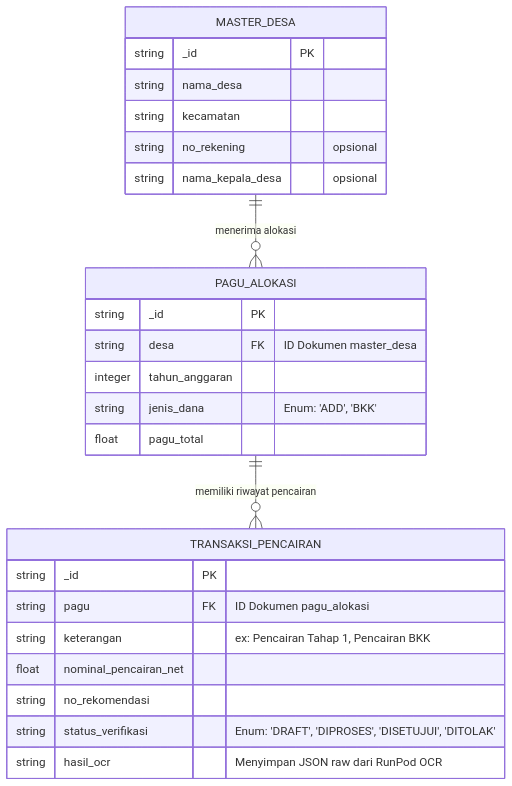
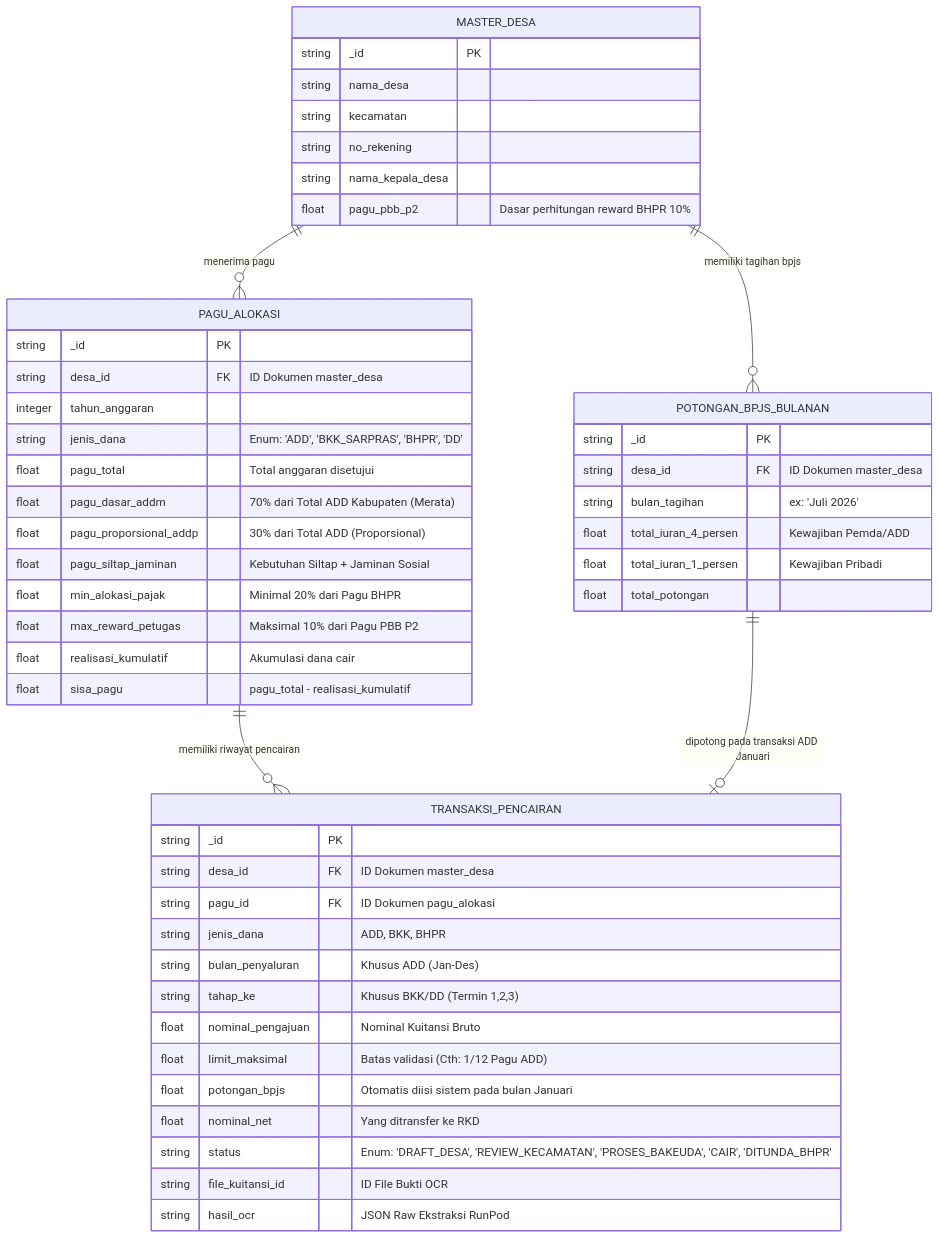
One commit to asepsafrudin/SIP-DADES-BAKEUDA changed the diagram in docs/schemas/unified_database_schema.md. Above: the diagram before and after it, drawn with Mermaid. The commit also changed other lines of this file and 36 other files, not shown here.

````diff
--- a/docs/schemas/unified_database_schema.md
+++ b/docs/schemas/unified_database_schema.md
@@ -7,31 +12,64 @@
 ```mermaid
 erDiagram
     MASTER_DESA {
         string _id PK
         string nama_desa
         string kecamatan
-        string no_rekening "opsional"
-        string nama_kepala_desa "opsional"
+        string no_rekening
+        string nama_kepala_desa
+        float pagu_pbb_p2 "Dasar perhitungan reward BHPR 10%"
     }
     
     PAGU_ALOKASI {
         string _id PK
-        string desa FK "ID Dokumen master_desa"
+        string desa_id FK "ID Dokumen master_desa"
         integer tahun_anggaran
-        string jenis_dana "Enum: 'ADD', 'BKK'"
-        float pagu_total
+        string jenis_dana "Enum: 'ADD', 'BKK_SARPRAS', 'BHPR', 'DD'"
+        float pagu_total "Total anggaran disetujui"
+        
+        %% Kalkulasi Khusus ADD
+        float pagu_dasar_addm "70% dari Total ADD Kabupaten (Merata)"
+        float pagu_proporsional_addp "30% dari Total ADD (Proporsional)"
+        float pagu_siltap_jaminan "Kebutuhan Siltap + Jaminan Sosial"
+        
+        %% Kalkulasi Khusus BHPR
+        float min_alokasi_pajak "Minimal 20% dari Pagu BHPR"
+        float max_reward_petugas "Maksimal 10% dari Pagu PBB P2"
+        
+        float realisasi_kumulatif "Akumulasi dana cair"
+        float sisa_pagu "pagu_total - realisasi_kumulatif"
     }
     
     TRANSAKSI_PENCAIRAN {
         string _id PK
-        string pagu FK "ID Dokumen pagu_alokasi"
-        string keterangan "ex: Pencairan Tahap 1, Pencairan BKK"
-        float nominal_pencairan_net
-        string no_rekomendasi
-        string status_verifikasi "Enum: 'DRAFT', 'DIPROSES', 'DISETUJUI', 'DITOLAK'"
-        string hasil_ocr "Menyimpan JSON raw dari RunPod OCR"
+        string desa_id FK "ID Dokumen master_desa"
+        string pagu_id FK "ID Dokumen pagu_alokasi"
+        string jenis_dana "ADD, BKK, BHPR"
+        string bulan_penyaluran "Khusus ADD (Jan-Des)"
+        string tahap_ke "Khusus BKK/DD (Termin 1,2,3)"
+        
+        %% Logika Finansial (Bruto - Potongan = Netto)
+        float nominal_pengajuan "Nominal Kuitansi Bruto"
+        float limit_maksimal "Batas validasi (Cth: 1/12 Pagu ADD)"
+        float potongan_bpjs "Otomatis diisi sistem pada bulan Januari"
+        float nominal_net "Yang ditransfer ke RKD"
+        
+        string status "Enum: 'DRAFT_DESA', 'REVIEW_KECAMATAN', 'PROSES_BAKEUDA', 'CAIR', 'DITUNDA_BHPR'"
+        string file_kuitansi_id "ID File Bukti OCR"
+        string hasil_ocr "JSON Raw Ekstraksi RunPod"
+    }
+    
+    POTONGAN_BPJS_BULANAN {
+        string _id PK
+        string desa_id FK "ID Dokumen master_desa"
+        string bulan_tagihan "ex: 'Juli 2026'"
+        float total_iuran_4_persen "Kewajiban Pemda/ADD"
+        float total_iuran_1_persen "Kewajiban Pribadi"
+        float total_potongan
     }
 
-    MASTER_DESA ||--o{ PAGU_ALOKASI : "menerima alokasi"
+    MASTER_DESA ||--o{ PAGU_ALOKASI : "menerima pagu"
     PAGU_ALOKASI ||--o{ TRANSAKSI_PENCAIRAN : "memiliki riwayat pencairan"
+    MASTER_DESA ||--o{ POTONGAN_BPJS_BULANAN : "memiliki tagihan bpjs"
+    POTONGAN_BPJS_BULANAN ||--o| TRANSAKSI_PENCAIRAN : "dipotong pada transaksi ADD Januari"
 ```
````
